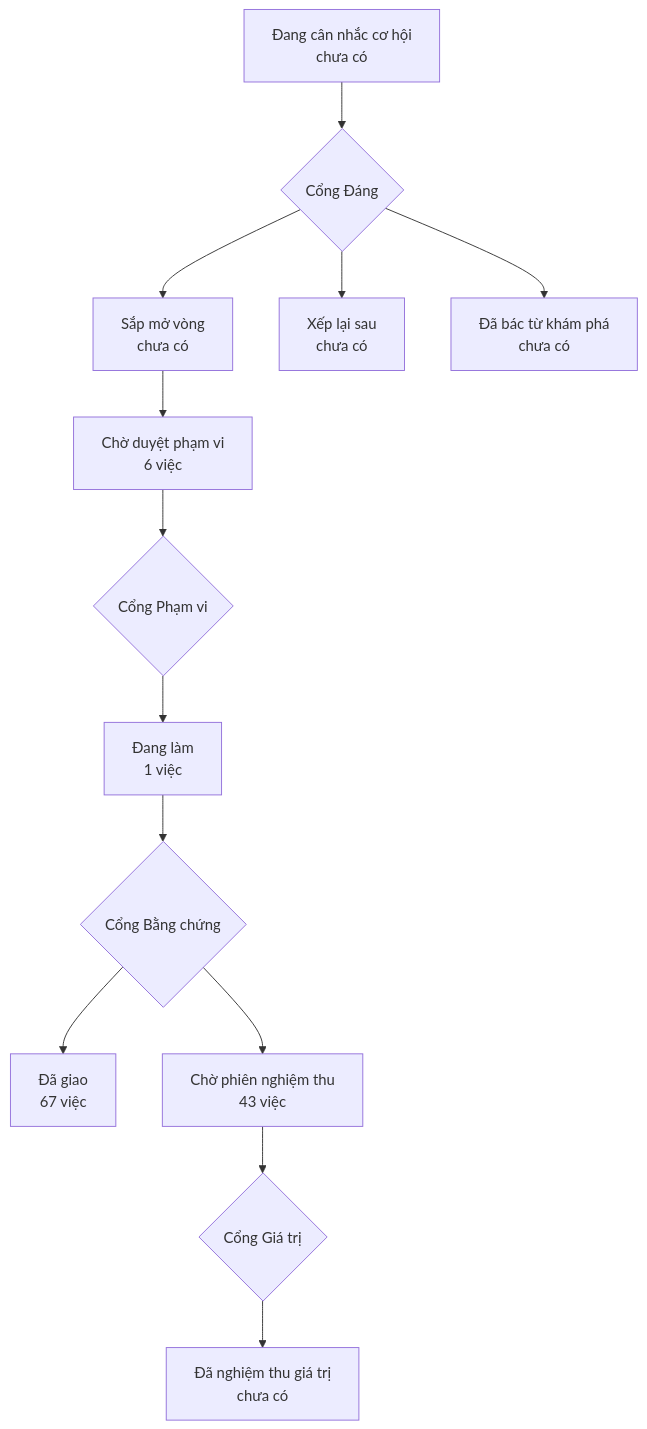
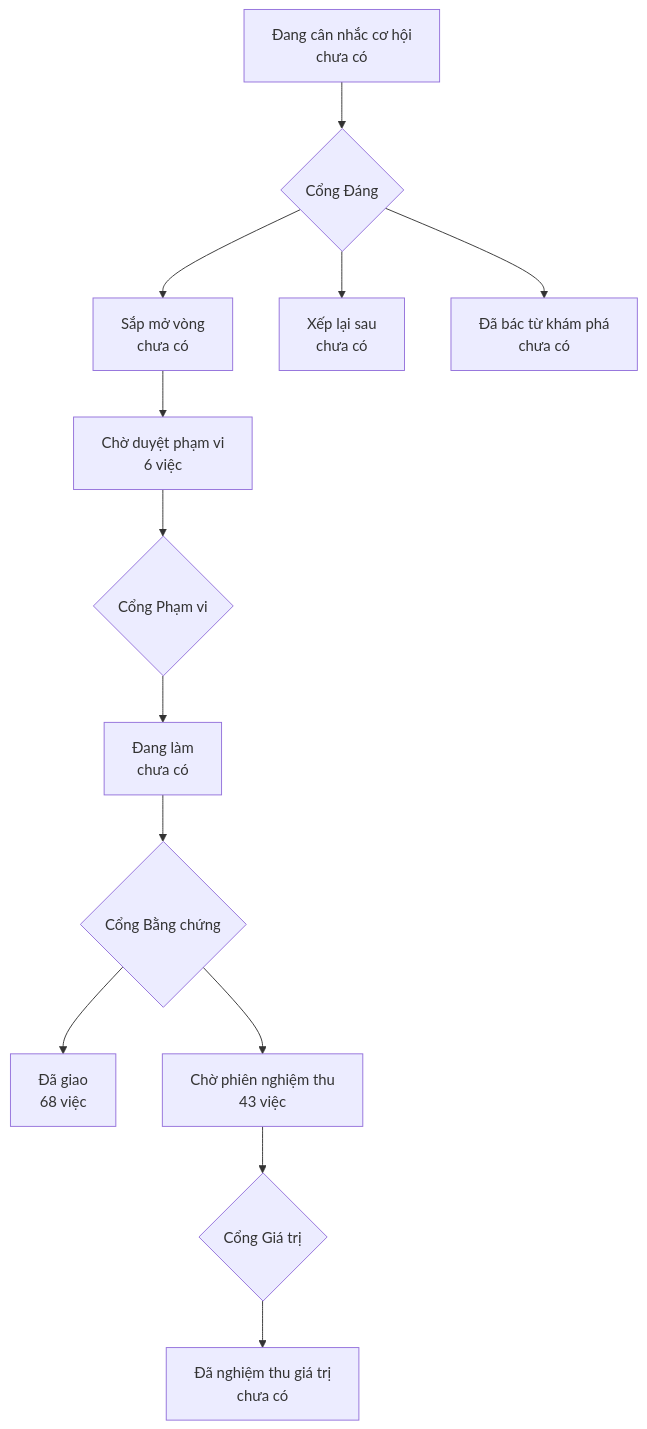
Before and after one commit to phanlemanh/onehub-invest: the diagram in PRODUCT-MAP.md, drawn with Mermaid. The commit also changed other lines of this file and 4 other files, not shown here.

````diff
--- a/PRODUCT-MAP.md
+++ b/PRODUCT-MAP.md
@@ -7,12 +7,12 @@
 ```mermaid
 flowchart TD
   A["Đang cân nhắc cơ hội<br/>chưa có"] --> GD{"Cổng Đáng"}
   GD --> B["Sắp mở vòng<br/>chưa có"]
   GD --> XL["Xếp lại sau<br/>chưa có"]
   GD --> DB["Đã bác từ khám phá<br/>chưa có"]
   B --> CD["Chờ duyệt phạm vi<br/>6 việc"] --> GP{"Cổng Phạm vi"}
-  GP --> DL["Đang làm<br/>1 việc"] --> GB{"Cổng Bằng chứng"}
-  GB --> DG["Đã giao<br/>67 việc"]
+  GP --> DL["Đang làm<br/>chưa có"] --> GB{"Cổng Bằng chứng"}
+  GB --> DG["Đã giao<br/>68 việc"]
   GB --> CN["Chờ phiên nghiệm thu<br/>43 việc"] --> GG{"Cổng Giá trị"}
   GG --> NT["Đã nghiệm thu giá trị<br/>chưa có"]
 ```
````
